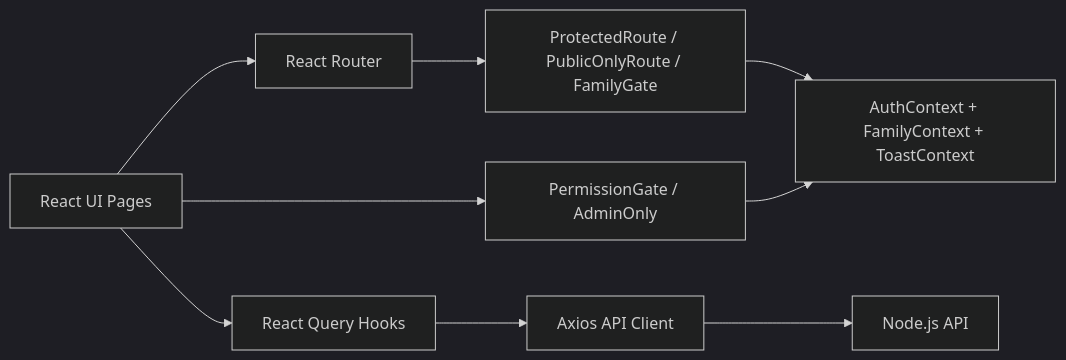
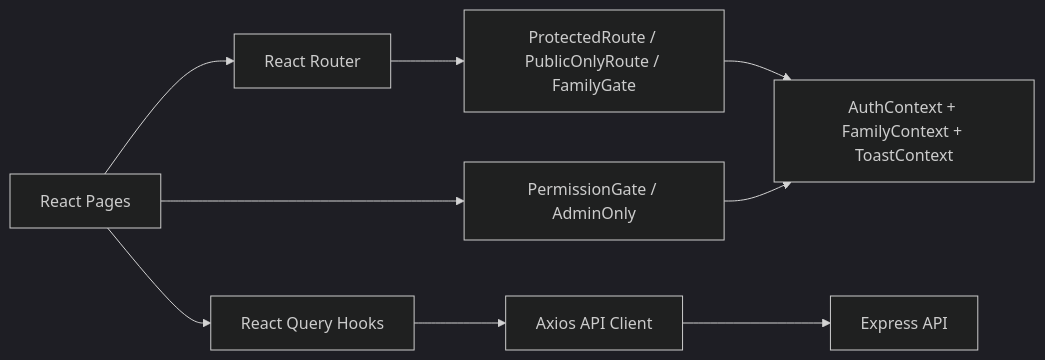
Before and after one commit to nldq092203/FamMeal: the fifth of 6 diagrams in README.md, drawn with Mermaid (dark theme). The commit also changed other lines of this file and 16 other files, not shown here.

````diff
--- a/README.md
+++ b/README.md
@@ -238,12 +299,12 @@
 ```mermaid
 flowchart LR
-    UI[React UI Pages] --> Router[React Router]
+    UI[React Pages] --> Router[React Router]
     Router --> Guards[ProtectedRoute / PublicOnlyRoute / FamilyGate]
     Guards --> Ctx[AuthContext + FamilyContext + ToastContext]
     UI --> Query[React Query Hooks]
     Query --> API[Axios API Client]
-    API --> Backend[Node.js API]
+    API --> Backend[Express API]
 
     UI --> RBAC[PermissionGate / AdminOnly]
     RBAC --> Ctx
 ```
````
